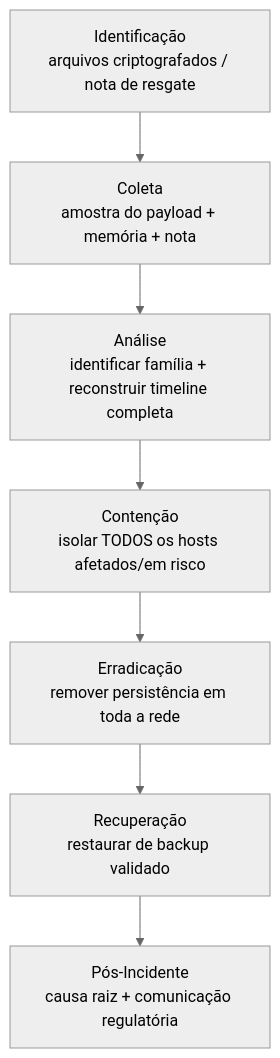
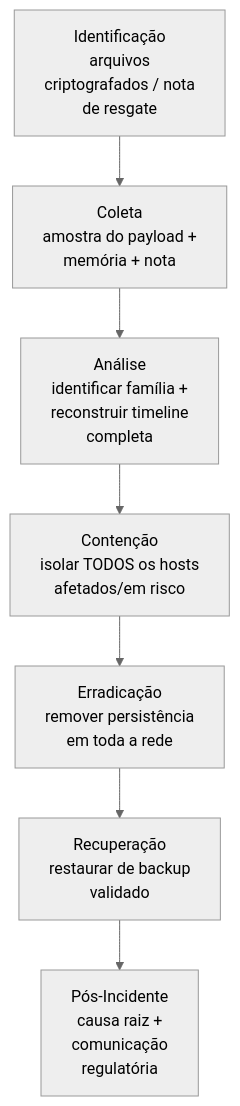
Before and after one commit to LuucasVerdun/Cyber-Attack-Analysis-Framework: the diagram in Attack-Categories/Ransomware/README.md, drawn with Mermaid (neutral theme). The commit also changed 28 other files, not shown here.

````diff
--- a/Attack-Categories/Ransomware/README.md
+++ b/Attack-Categories/Ransomware/README.md
@@ -49,9 +49,9 @@
 ```mermaid
 flowchart TD
-    A[Identificação<br/>arquivos criptografados / nota de resgate] --> B[Coleta<br/>amostra do payload + memória + nota]
-    B --> C[Análise<br/>identificar família + reconstruir timeline completa]
-    C --> D[Contenção<br/>isolar TODOS os hosts afetados/em risco]
-    D --> E[Erradicação<br/>remover persistência em toda a rede]
-    E --> F[Recuperação<br/>restaurar de backup validado]
-    F --> G[Pós-Incidente<br/>causa raiz + comunicação regulatória]
+    A[Identificação<br/>arquivos<br/>criptografados / nota<br/>de resgate] --> B[Coleta<br/>amostra do payload +<br/>memória + nota]
+    B --> C[Análise<br/>identificar família +<br/>reconstruir timeline<br/>completa]
+    C --> D[Contenção<br/>isolar TODOS os hosts<br/>afetados/em risco]
+    D --> E[Erradicação<br/>remover persistência<br/>em toda a rede]
+    E --> F[Recuperação<br/>restaurar de backup<br/>validado]
+    F --> G[Pós-Incidente<br/>causa raiz +<br/>comunicação<br/>regulatória]
 ```
````
